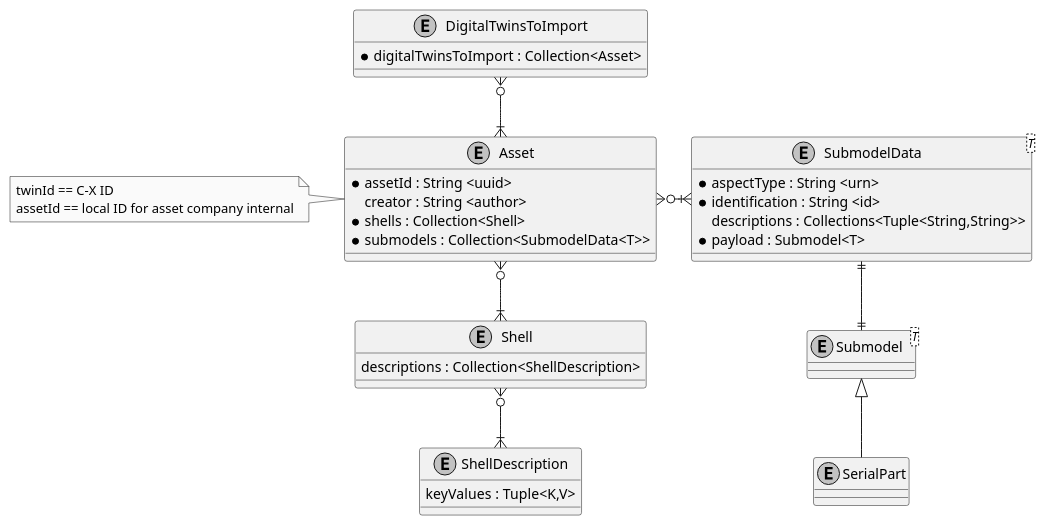
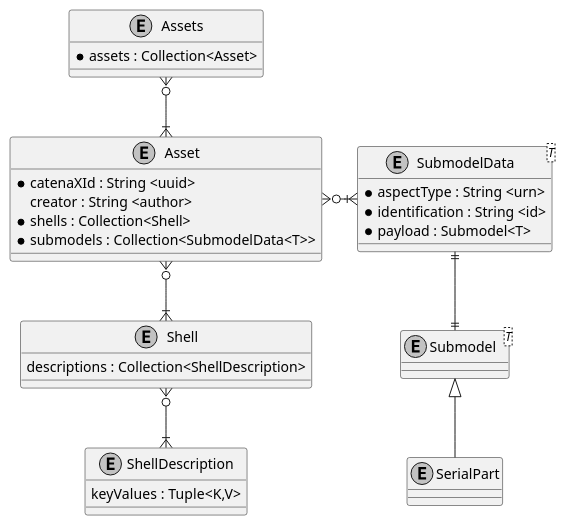
One commit to eclipse-tractusx/traceability-foss changed the diagram in docs/src/docs/concepts/[TRACEFOSS-1019]-data-import-interface/tracex-twin-import-format.puml. Above: the diagram before and after it, drawn with PlantUML. The commit also changed 3 other files, not shown here.

Commit message:
chore(diagram):[TRACEFOSS-1019] update diagrams rename twin in assets

```diff
--- a/docs/src/docs/concepts/[TRACEFOSS-1019]-data-import-interface/tracex-twin-import-format.puml
+++ b/docs/src/docs/concepts/[TRACEFOSS-1019]-data-import-interface/tracex-twin-import-format.puml
@@ -1,46 +1,41 @@
 @startuml
 skinparam monochrome true
 skinparam shadowing false
 skinparam linetype ortho
 skinparam defaultFontName "Architects daughter"
 
 
-entity DigitalTwinsToImport {
-    * digitalTwinsToImport : Collection<Asset>
+entity Assets {
+    * assets : Collection<Asset>
 }
 entity Asset {
-    * assetId : String <uuid>
+    * catenaXId : String <uuid>
     creator : String <author>
     * shells : Collection<Shell>
     * submodels : Collection<SubmodelData<T>>
 }
- note left
-    twinId == C-X ID
-    assetId == local ID for asset company internal
- end note
 
 entity Shell {
     descriptions : Collection<ShellDescription>
 }
 entity ShellDescription {
     keyValues : Tuple<K,V>
 }
 entity SubmodelData<T> {
     * aspectType : String <urn>
     * identification : String <id>
-    descriptions : Collections<Tuple<String,String>>
     * payload : Submodel<T>
 }
 
 entity  Submodel<T>
 
 entity SerialPart
 
-DigitalTwinsToImport }o--|{ Asset
+Assets }o--|{ Asset
 Asset  }o--|{ Shell
 Shell }o--|{  ShellDescription
 Asset }o-|{ SubmodelData
 SubmodelData ||--|| Submodel
 Submodel <|-- SerialPart
 
 @enduml
```
